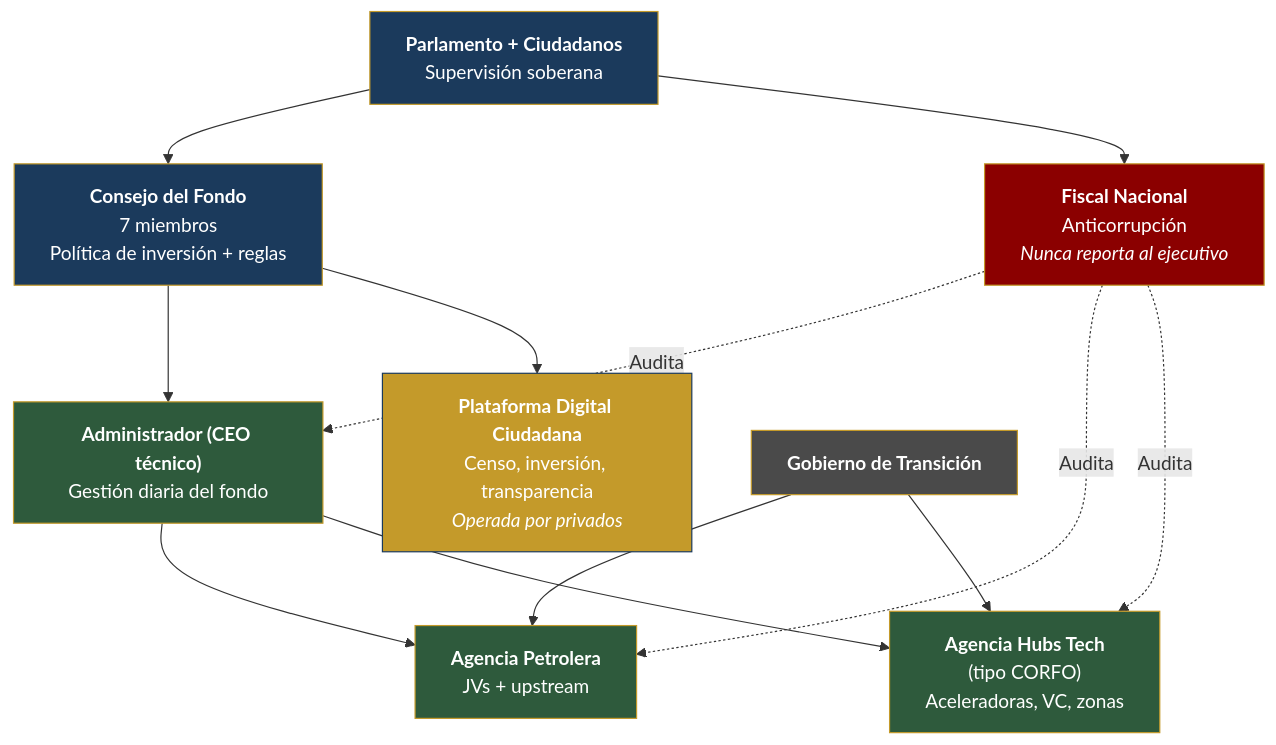
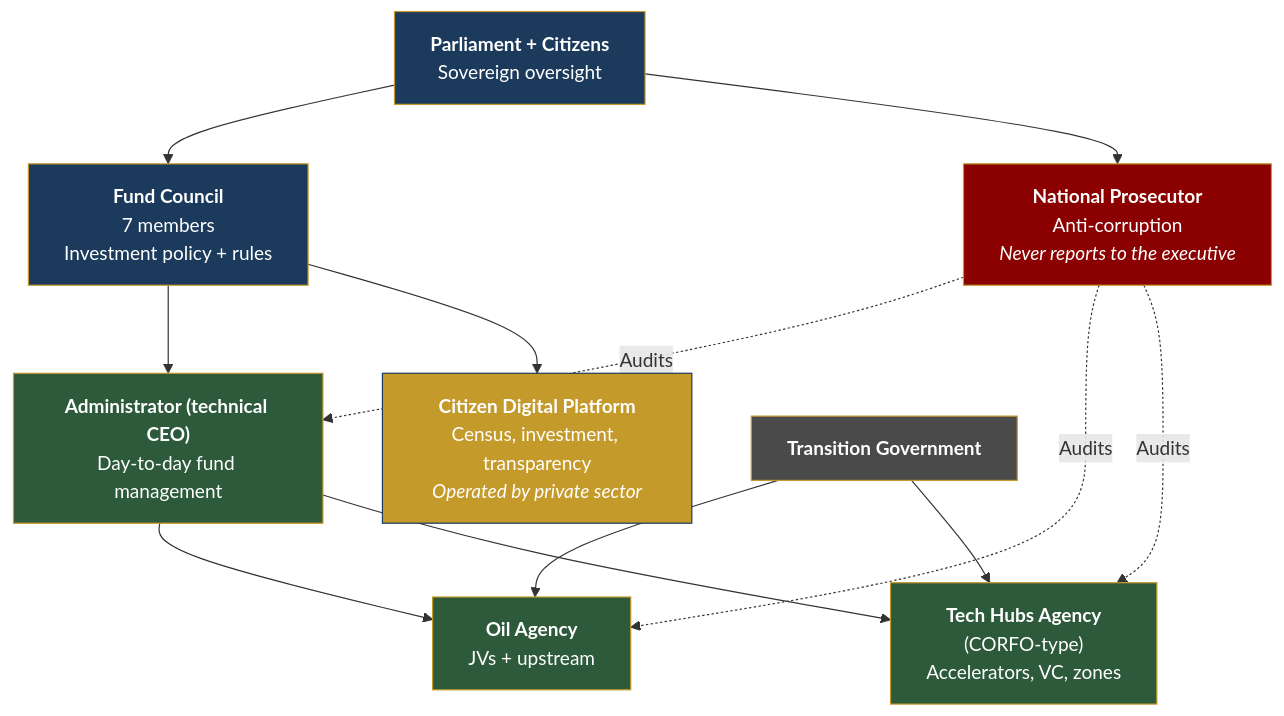
The diagram in i18n/en/docusaurus-plugin-content-docs/current/06-realidad/esg-ejecucion.md (Venezuela-S-A/venezuela-sa), drawn with Mermaid before and after one commit. The commit also changed 127 other files, not shown here.

````diff
--- a/i18n/en/docusaurus-plugin-content-docs/current/06-realidad/esg-ejecucion.md
+++ b/i18n/en/docusaurus-plugin-content-docs/current/06-realidad/esg-ejecucion.md
@@ -19,27 +19,27 @@
 ```mermaid
 flowchart TD
-    P["<b>Parlamento + Ciudadanos</b><br/>Supervisión soberana"] --> CF
+    P["<b>Parliament + Citizens</b><br/>Sovereign oversight"] --> CF
     P --> FN
 
-    CF["<b>Consejo del Fondo</b><br/>7 miembros<br/>Política de inversión + reglas"] --> ADM["<b>Administrador (CEO técnico)</b><br/>Gestión diaria del fondo"]
-    CF --> PDC["<b>Plataforma Digital Ciudadana</b><br/>Censo, inversión, transparencia<br/><i>Operada por privados</i>"]
+    CF["<b>Fund Council</b><br/>7 members<br/>Investment policy + rules"] --> ADM["<b>Administrator (technical CEO)</b><br/>Day-to-day fund management"]
+    CF --> PDC["<b>Citizen Digital Platform</b><br/>Census, investment, transparency<br/><i>Operated by private sector</i>"]
 
-    ADM --> AP["<b>Agencia Petrolera</b><br/>JVs + upstream"]
-    ADM --> AHT["<b>Agencia Hubs Tech</b><br/>(tipo CORFO)<br/>Aceleradoras, VC, zonas"]
+    ADM --> AP["<b>Oil Agency</b><br/>JVs + upstream"]
+    ADM --> AHT["<b>Tech Hubs Agency</b><br/>(CORFO-type)<br/>Accelerators, VC, zones"]
 
-    FN["<b>Fiscal Nacional</b><br/>Anticorrupción<br/><i>Nunca reporta al ejecutivo</i>"] -.->|"Audita"| ADM
-    FN -.->|"Audita"| AP
-    FN -.->|"Audita"| AHT
+    FN["<b>National Prosecutor</b><br/>Anti-corruption<br/><i>Never reports to the executive</i>"] -.->|"Audits"| ADM
+    FN -.->|"Audits"| AP
+    FN -.->|"Audits"| AHT
 
-    GOB["<b>Gobierno de Transición</b>"] --> AP
+    GOB["<b>Transition Government</b>"] --> AP
     GOB --> AHT
 
     style P fill:#1B3A5C,stroke:#C49A2A,color:#fff
     style CF fill:#1B3A5C,stroke:#C49A2A,color:#fff
     style FN fill:#8B0000,stroke:#C49A2A,color:#fff
     style ADM fill:#2E5A3C,stroke:#C49A2A,color:#fff
     style AP fill:#2E5A3C,stroke:#C49A2A,color:#fff
     style AHT fill:#2E5A3C,stroke:#C49A2A,color:#fff
     style PDC fill:#C49A2A,stroke:#1B3A5C,color:#fff
     style GOB fill:#4A4A4A,stroke:#C49A2A,color:#fff
 ```
````
